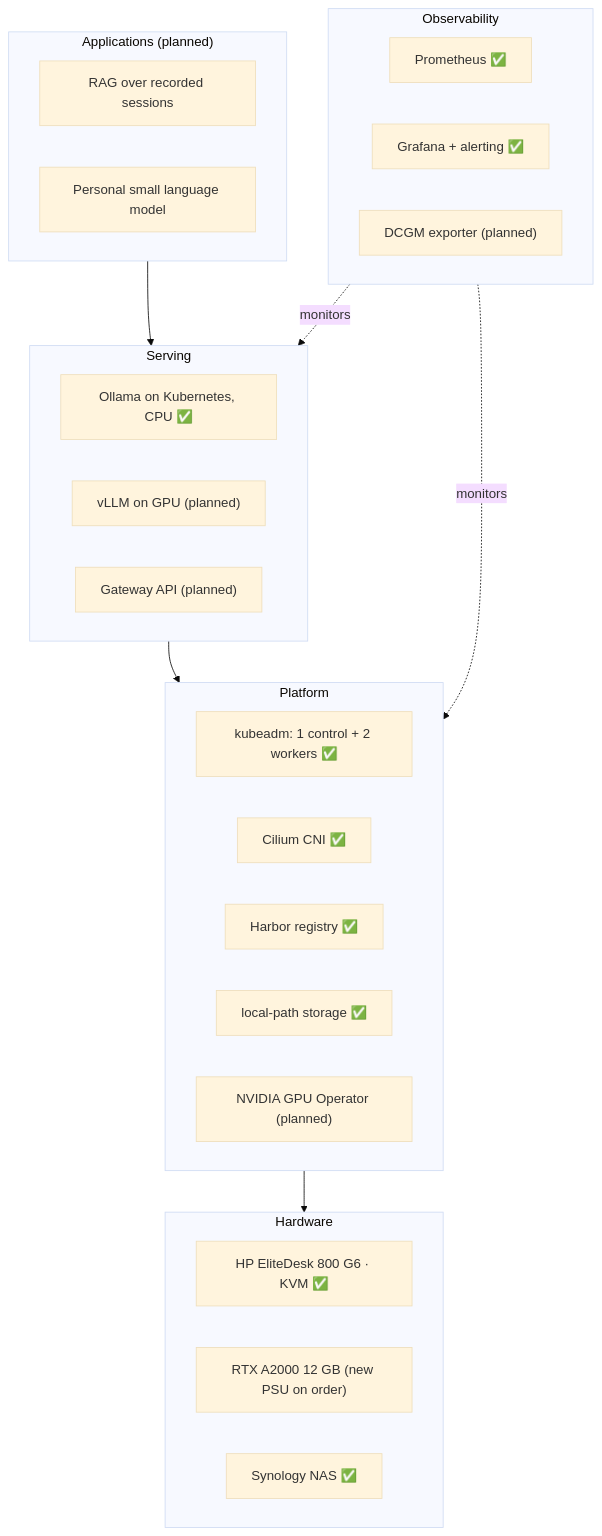
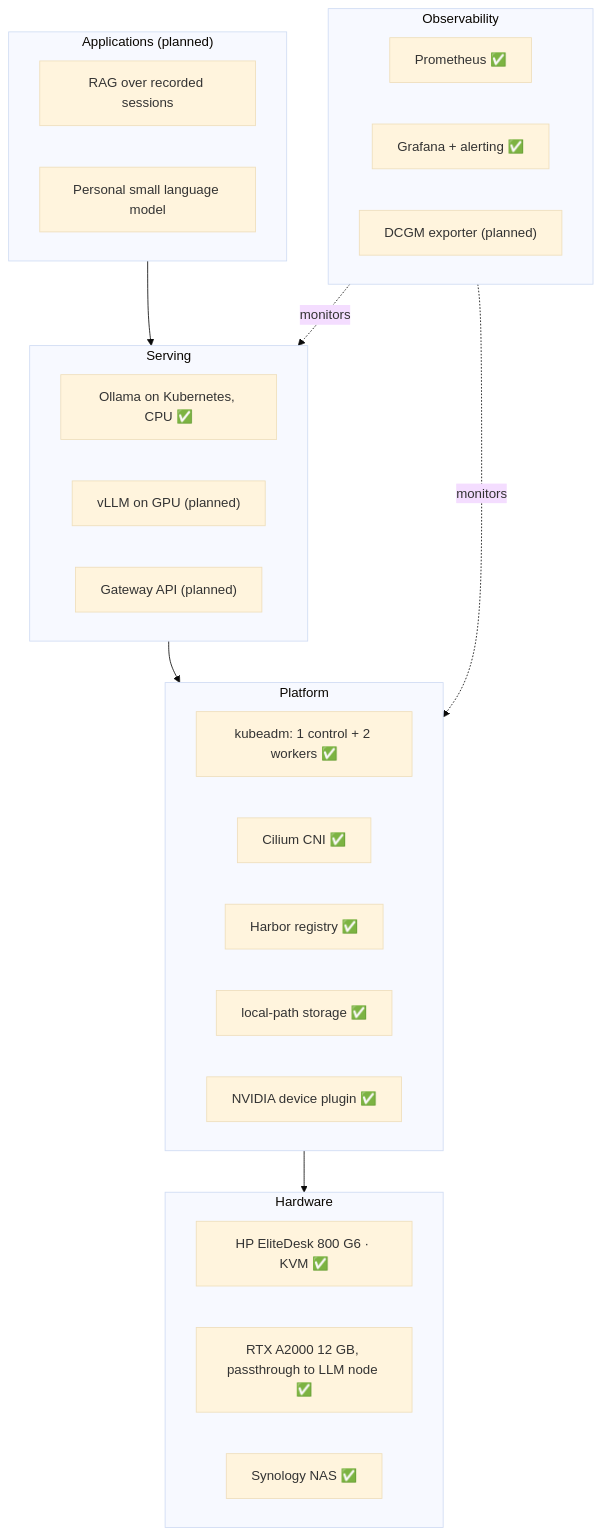
Before and after one commit to htatemura/homelab-llm-inference: the diagram in README.md, drawn with Mermaid (base theme). The commit also changed other lines of this file and 1 other file, not shown here.

````diff
--- a/README.md
+++ b/README.md
@@ -21,32 +21,32 @@
 ```mermaid
 flowchart TB
     subgraph APP["Applications (planned)"]
         RAG["RAG over recorded sessions"]
         SLM["Personal small language model"]
     end
     subgraph SERVE["Serving"]
         OLLAMA["Ollama on Kubernetes, CPU ✅"]
         VLLM_GPU["vLLM on GPU (planned)"]
         GW["Gateway API (planned)"]
     end
     subgraph PLAT["Platform"]
         K8S["kubeadm: 1 control + 2 workers ✅"]
         CILIUM["Cilium CNI ✅"]
         HARBOR["Harbor registry ✅"]
         LOCALPATH["local-path storage ✅"]
-        GPUOP["NVIDIA GPU Operator (planned)"]
+        GPUDP["NVIDIA device plugin ✅"]
     end
     subgraph OBS["Observability"]
         PROM["Prometheus ✅"]
         GRAF["Grafana + alerting ✅"]
         DCGM["DCGM exporter (planned)"]
     end
     subgraph HW["Hardware"]
         HOST["HP EliteDesk 800 G6 · KVM ✅"]
-        GPU["RTX A2000 12 GB (new PSU on order)"]
+        GPU["RTX A2000 12 GB, passthrough to LLM node ✅"]
         NAS["Synology NAS ✅"]
     end
     APP --> SERVE --> PLAT --> HW
     OBS -.monitors.-> SERVE
     OBS -.monitors.-> PLAT
 ```
````
